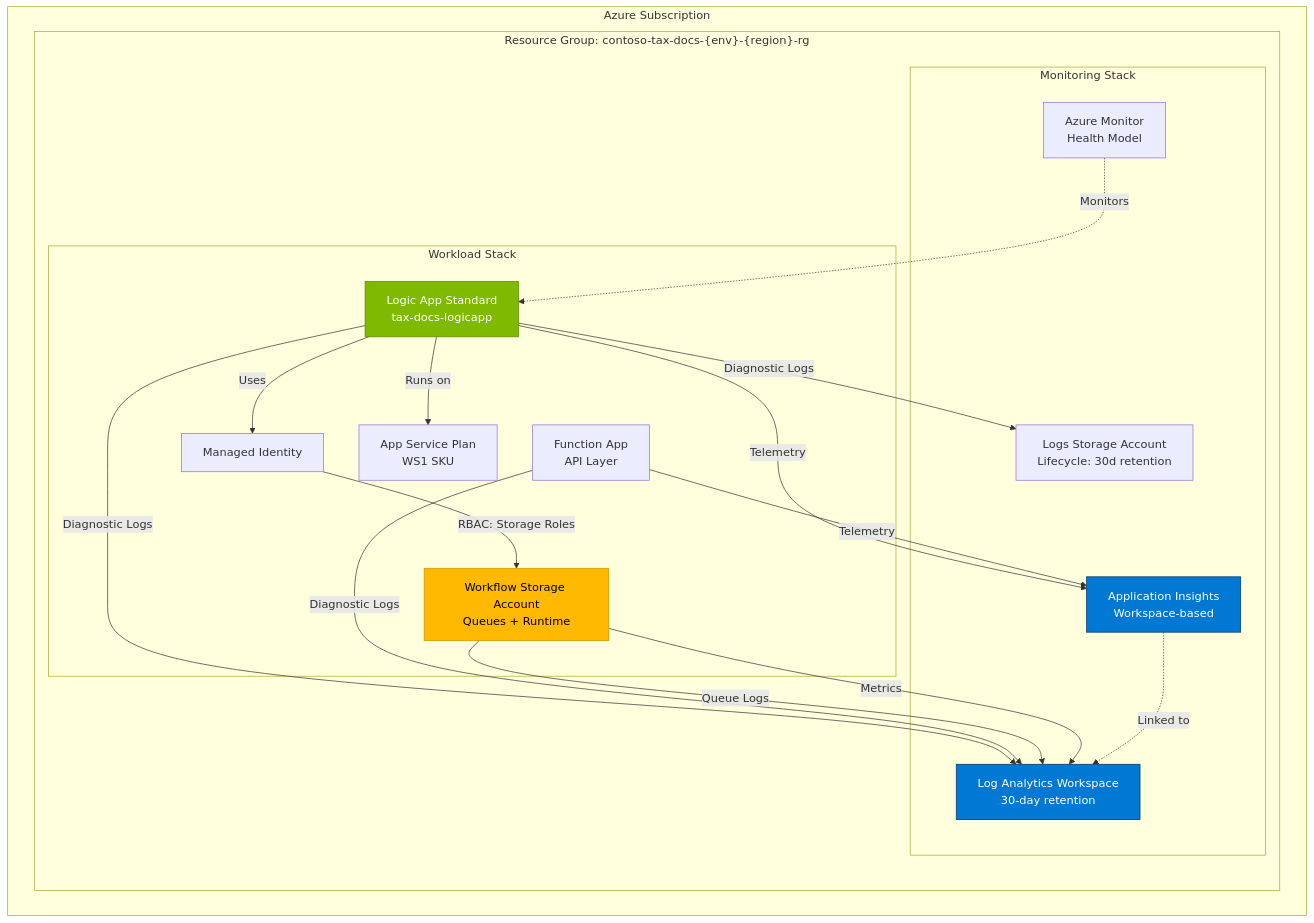
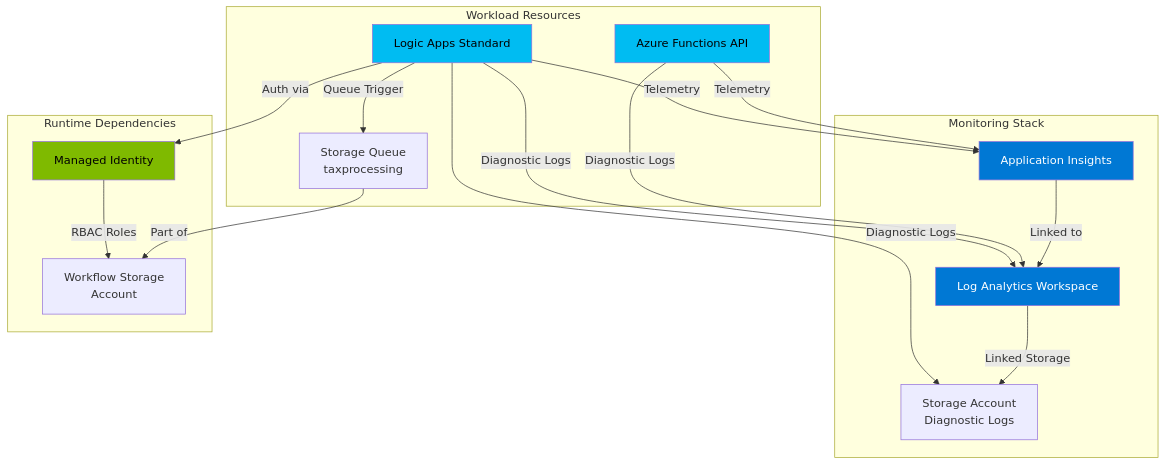
The first of 2 diagrams in README.md (Evilazaro/Azure-LogicApps-Monitoring), drawn with Mermaid before and after one commit. The commit also changed other lines of this file, not shown here.

Commit message:
Refactor README.md for clarity and structure: update project overview, target audience, features, and installation instructions; enhance data flow and architecture sections; improve formatting and consistency throughout the document.

````diff
--- a/README.md
+++ b/README.md
@@ -96,41 +176,40 @@
 ```mermaid
 graph TB
-    subgraph "Azure Subscription"
-        subgraph "Resource Group: contoso-tax-docs-{env}-{region}-rg"
-            subgraph "Monitoring Stack"
-                LAW[Log Analytics Workspace<br/>30-day retention]
-                AI[Application Insights<br/>Workspace-based]
-                LogsSA[Logs Storage Account<br/>Lifecycle: 30d retention]
-                Health[Azure Monitor<br/>Health Model]
-            end
-            
-            subgraph "Workload Stack"
-                LA[Logic App Standard<br/>tax-docs-logicapp]
-                ASP[App Service Plan<br/>WS1 SKU]
-                FA[Function App<br/>API Layer]
-                WorkflowSA[Workflow Storage Account<br/>Queues + Runtime]
-                MI[Managed Identity]
-            end
-        end
+    subgraph "Monitoring Stack"
+        LAW[Log Analytics Workspace]
+        AI[Application Insights]
+        SA[Storage Account<br/>Diagnostic Logs]
     end
-    
+
+    subgraph "Workload Resources"
+        LA[Logic Apps Standard]
+        FA[Azure Functions API]
+        QS[Storage Queue<br/>taxprocessing]
+    end
+
+    subgraph "Runtime Dependencies"
+        WSA[Workflow Storage<br/>Account]
+        MI[Managed Identity]
+    end
+
     LA -->|Telemetry| AI
     LA -->|Diagnostic Logs| LAW
-    LA -->|Diagnostic Logs| LogsSA
+    LA -->|Diagnostic Logs| SA
     FA -->|Telemetry| AI
     FA -->|Diagnostic Logs| LAW
-    WorkflowSA -->|Queue Logs| LAW
-    WorkflowSA -->|Metrics| LAW
     
-    MI -->|RBAC: Storage Roles| WorkflowSA
-    LA -->|Uses| MI
-    LA -->|Runs on| ASP
+    LA -->|Queue Trigger| QS
+    LA -->|Auth via| MI
+    MI -->|RBAC Roles| WSA
     
-    AI -.->|Linked to| LAW
-    Health -.->|Monitors| LA
+    AI -->|Linked to| LAW
+    LAW -->|Linked Storage| SA
     
-    style LAW fill:#0078D4,stroke:#003366,color:#fff
-    style AI fill:#0078D4,stroke:#003366,color:#fff
-    style LA fill:#7FBA00,stroke:#5A8700,color:#fff
-    style WorkflowSA fill:#FFB900,stroke:#CC9300,color:#000
+    QS -->|Part of| WSA
+
+    style LAW fill:#0078D4,color:#fff
+    style AI fill:#0078D4,color:#fff
+    style LA fill:#00BCF2,color:#000
+    style FA fill:#00BCF2,color:#000
+    style MI fill:#7FBA00,color:#000
 ```
````
